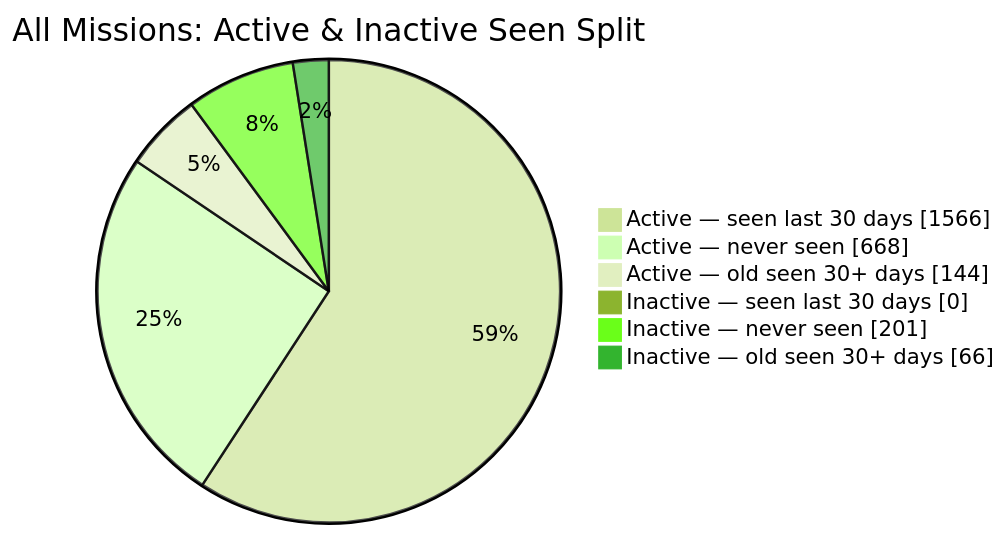
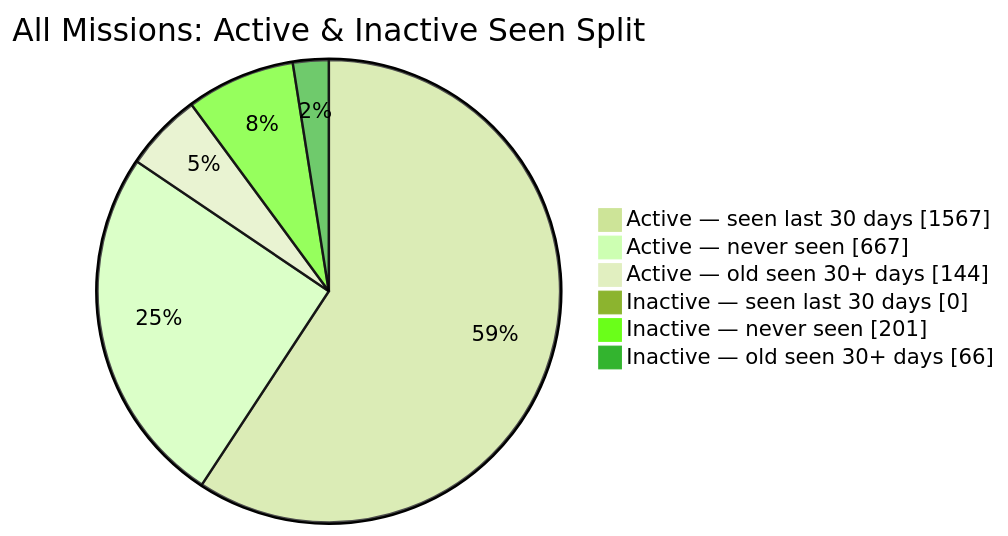
Before and after one commit to MeldkamerspelGameTeam/active-missions: the second of 2 diagrams in README.md, drawn with Mermaid (forest theme). The commit also changed other lines of this file and 2 other files, not shown here.

````diff
--- a/README.md
+++ b/README.md
@@ -44,10 +44,10 @@
 ```mermaid
 pie showData
     title All Missions: Active & Inactive Seen Split
-    "Active — seen last 30 days" : 1566
-    "Active — never seen" : 668
+    "Active — seen last 30 days" : 1567
+    "Active — never seen" : 667
     "Active — old seen 30+ days" : 144
     "Inactive — seen last 30 days" : 0
     "Inactive — never seen" : 201
     "Inactive — old seen 30+ days" : 66
 ```
````
